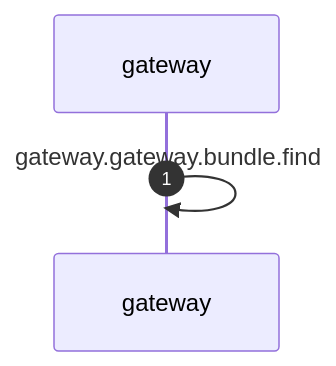
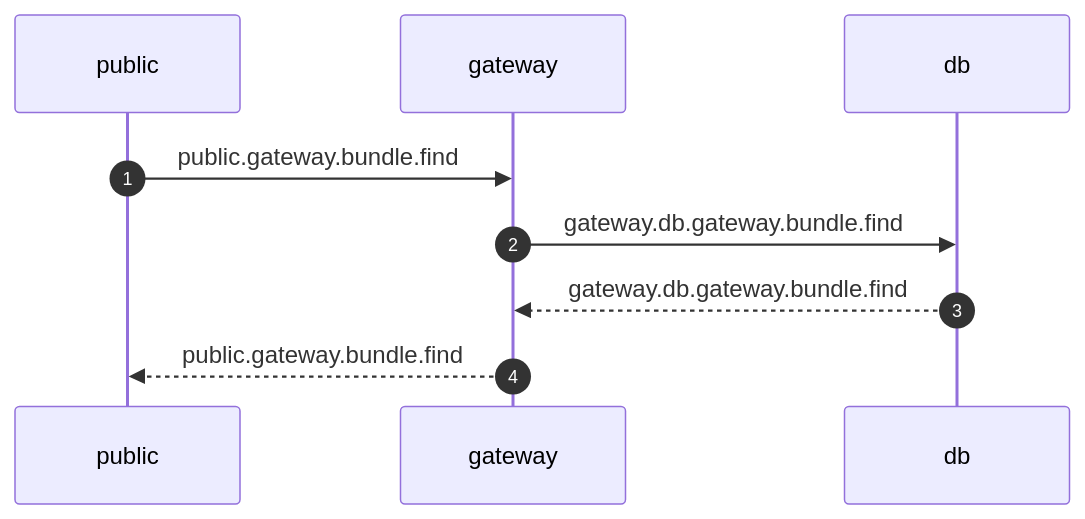
Before and after one commit to feasibleone/blong: the diagram in realm/blong-gateway/docs/observedFlows.md, drawn with Mermaid. The commit also changed 30 other files, not shown here.

Commit message:
fix: sequence diagram leg capturing logic

````diff
--- a/realm/blong-gateway/docs/observedFlows.md
+++ b/realm/blong-gateway/docs/observedFlows.md
@@ -3,6 +3,11 @@
 ```mermaid
 sequenceDiagram
     autonumber
+    participant public
     participant gateway
-    gateway->>gateway: gateway.gateway.bundle.find
+    participant db
+    public->>gateway: public.gateway.bundle.find
+    gateway->>db: gateway.db.gateway.bundle.find
+    db-->>gateway: gateway.db.gateway.bundle.find
+    gateway-->>public: public.gateway.bundle.find
 ```
````
